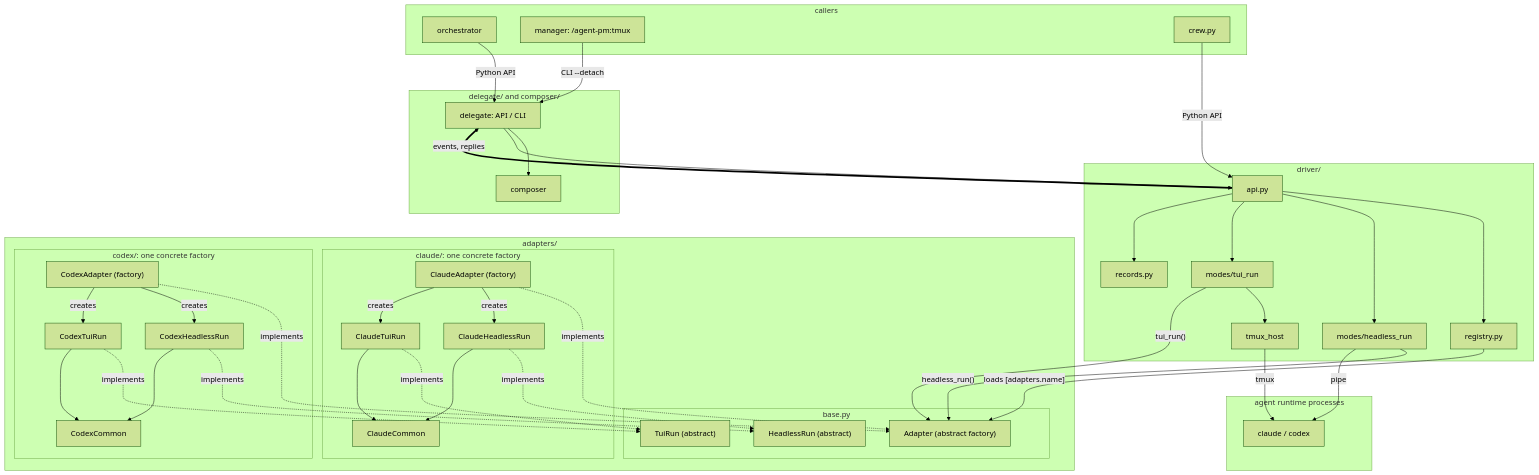
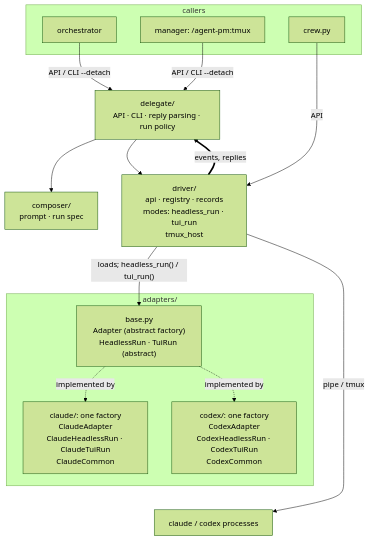
The second of 4 diagrams in README.md (ophis/agent-pm), drawn with Mermaid (forest theme) before and after one commit. The commit also changed other lines of this file, not shown here.

Commit message:
README: core diagram as one box per package
Claude-Session: https://claude.ai/code/session_01DWNTKp8E4ZkndBswMuqLEu

````diff
--- a/README.md
+++ b/README.md
@@ -20,69 +20,25 @@
 ```mermaid
 flowchart TB
-  subgraph L1["callers"]
+  subgraph L1[callers]
     O[orchestrator]
     M["manager: /agent-pm:tmux"]
     W[crew.py]
   end
-  subgraph L2["delegate/ and composer/"]
-    D["delegate: API / CLI"]
-    C[composer]
+  D["delegate/<br>API · CLI · reply parsing · run policy"]
+  C["composer/<br>prompt · run spec"]
+  DR["driver/<br>api · registry · records<br>modes: headless_run · tui_run<br>tmux_host"]
+  subgraph AD[adapters/]
+    B["base.py<br>Adapter (abstract factory)<br>HeadlessRun · TuiRun (abstract)"]
+    CL["claude/: one factory<br>ClaudeAdapter<br>ClaudeHeadlessRun · ClaudeTuiRun<br>ClaudeCommon"]
+    CX["codex/: one factory<br>CodexAdapter<br>CodexHeadlessRun · CodexTuiRun<br>CodexCommon"]
   end
-  subgraph L3["driver/"]
-    API[api.py]
-    REG[registry.py]
-    HM[modes/headless_run]
-    TM[modes/tui_run]
-    TH[tmux_host]
-    REC[records.py]
-  end
-  subgraph L4["adapters/"]
-    subgraph base[base.py]
-      F["Adapter (abstract factory)"]
-      HR["HeadlessRun (abstract)"]
-      TR["TuiRun (abstract)"]
-    end
-    subgraph claude["claude/: one concrete factory"]
-      CA["ClaudeAdapter (factory)"]
-      CH[ClaudeHeadlessRun]
-      CT[ClaudeTuiRun]
-      CC[ClaudeCommon]
-    end
-    subgraph codex["codex/: one concrete factory"]
-      XA["CodexAdapter (factory)"]
-      XH[CodexHeadlessRun]
-      XT[CodexTuiRun]
-      XC[CodexCommon]
-    end
-  end
-  subgraph L5["agent runtime processes"]
-    P["claude / codex"]
-  end
-  L1 ~~~ L2 ~~~ L3 ~~~ L4 ~~~ L5
-  O -->|Python API| D
-  M -->|"CLI --detach"| D
-  W -->|Python API| API
-  D --> C
-  D --> API
-  API --> REG
-  API --> HM
-  API --> TM
-  API --> REC
-  TM --> TH
-  REG -->|"loads [adapters.name]"| F
-  HM -->|"headless_run()"| F
-  TM -->|"tui_run()"| F
-  CA -.->|implements| F
-  XA -.->|implements| F
-  CA -->|creates| CH & CT
-  XA -->|creates| XH & XT
-  CH -.->|implements| HR
-  XH -.->|implements| HR
-  CT -.->|implements| TR
-  XT -.->|implements| TR
-  CH & CT --> CC
-  XH & XT --> XC
-  HM -->|pipe| P
-  TH -->|tmux| P
-  API ==>|events, replies| D
+  P["claude / codex processes"]
+  O & M -->|"API / CLI --detach"| D
+  W -->|API| DR
+  D --> C & DR
+  DR -->|"loads; headless_run() / tui_run()"| B
+  B -.->|implemented by| CL & CX
+  DR -->|"pipe / tmux"| P
+  DR ==>|events, replies| D
+  CL & CX ~~~ P
 ```
````
